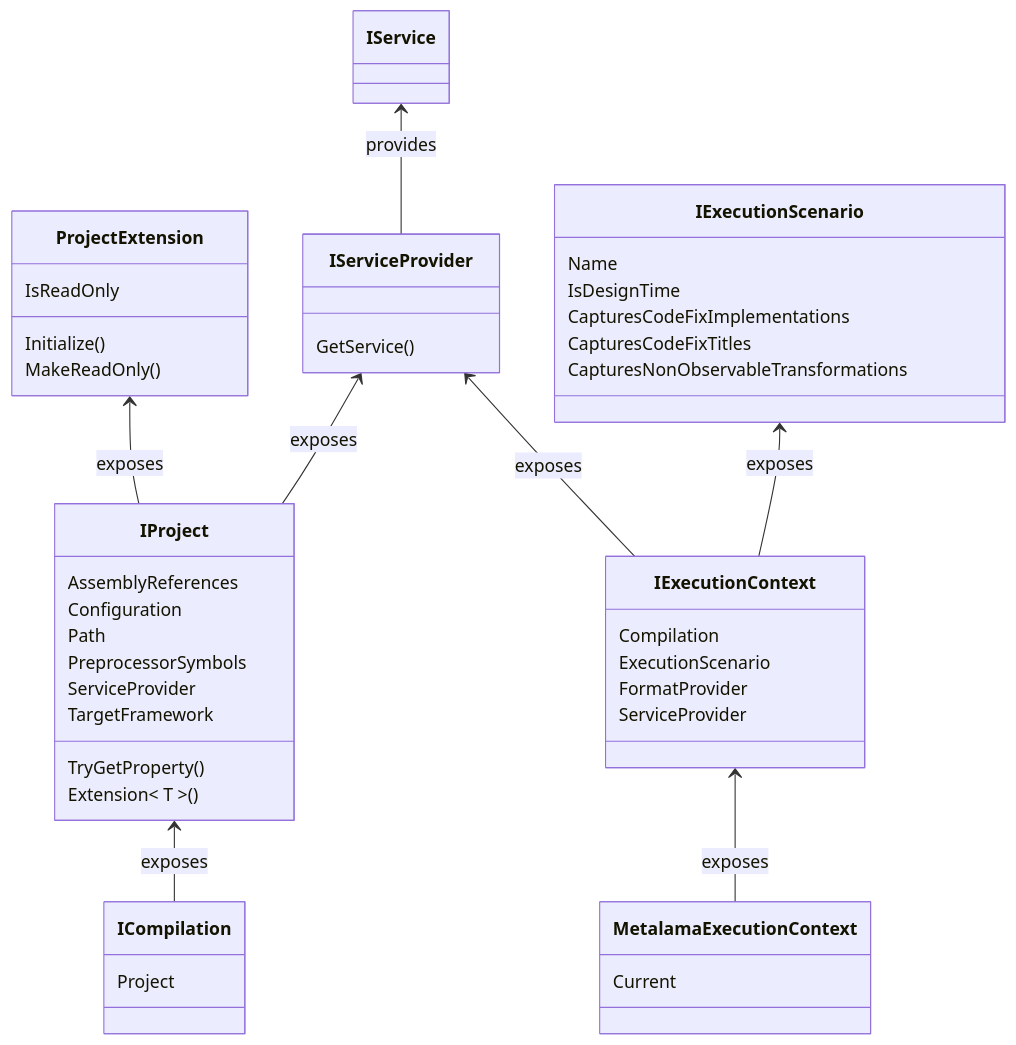
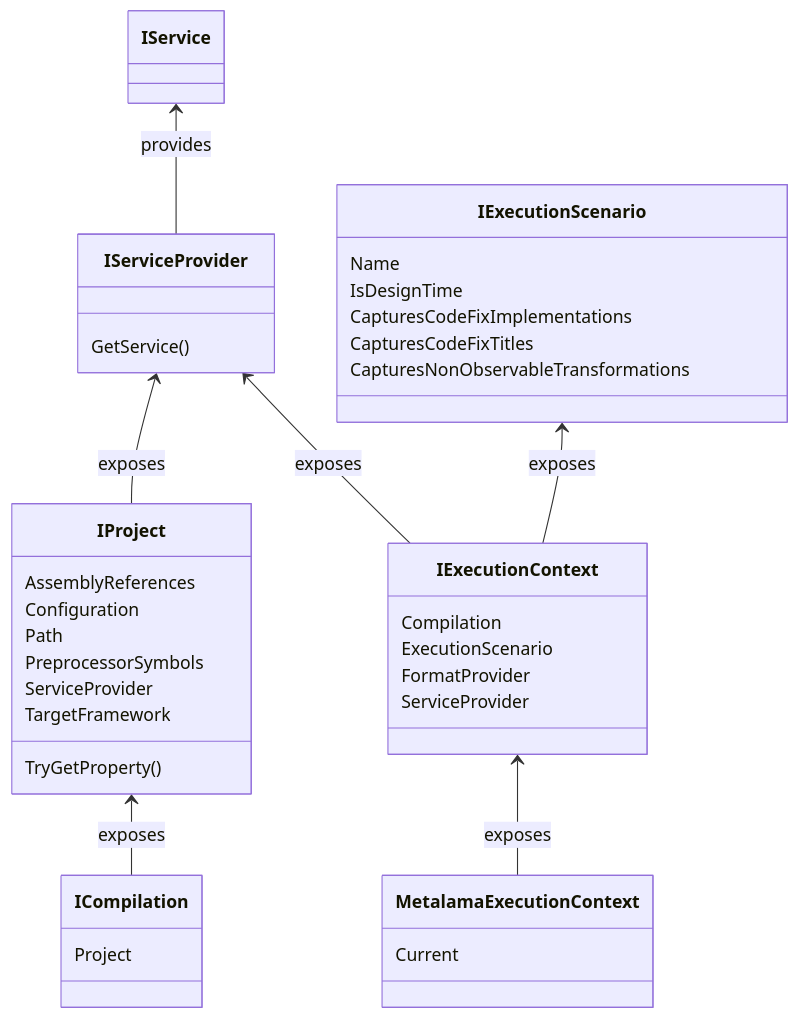
The diagram in overwrite/namespaces/Metalama.Framework.Project.md (postsharp/Metalama.Documentation), drawn with Mermaid before and after one commit. The commit also changed other lines of this file and 2 other files, not shown here.

````diff
--- a/overwrite/namespaces/Metalama.Framework.Project.md
+++ b/overwrite/namespaces/Metalama.Framework.Project.md
@@ -22,60 +20,52 @@
 ```mermaid
 classDiagram
 
     class ICompilation {
         Project
     }
 
     class IProject {
         AssemblyReferences
         Configuration
         Path
         PreprocessorSymbols
         ServiceProvider
         TargetFramework
         TryGetProperty()
-        Extension< T >()
     }
 
     class IExecutionContext {
         Compilation
         ExecutionScenario
         FormatProvider
         ServiceProvider
     }
 
     class MetalamaExecutionContext {
         Current
-    }
-
-    class ProjectExtension {
-        IsReadOnly
-        Initialize()
-        MakeReadOnly()
     }
 
     class IServiceProvider {
         GetService()
     }
 
     class IService {
 
     }
 
     class IExecutionScenario {
         Name
         IsDesignTime
         CapturesCodeFixImplementations
         CapturesCodeFixTitles
         CapturesNonObservableTransformations
     }
 
     IProject <-- ICompilation : exposes
     IServiceProvider <-- IProject: exposes
-    ProjectExtension <-- IProject: exposes
     IExecutionContext <-- MetalamaExecutionContext : exposes
     IServiceProvider <-- IExecutionContext: exposes
     IExecutionScenario <-- IExecutionContext: exposes
     IService <-- IServiceProvider: provides
 
 ```
````
